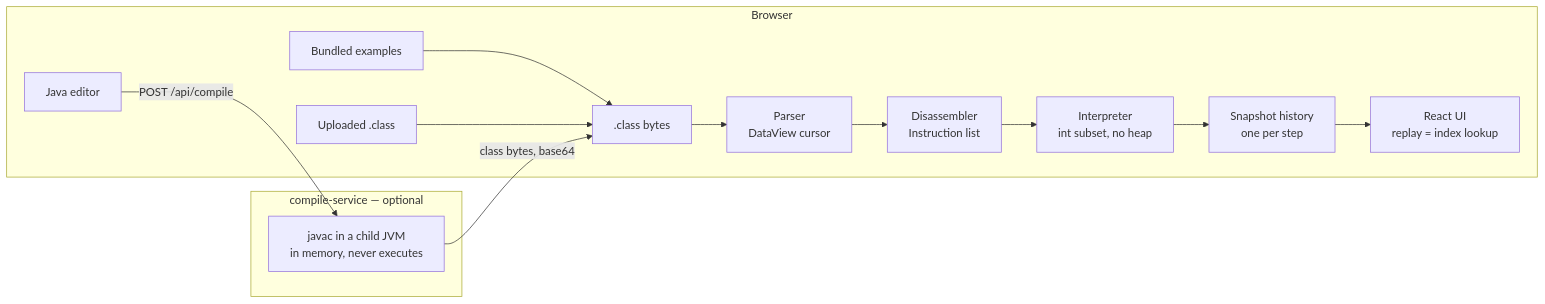
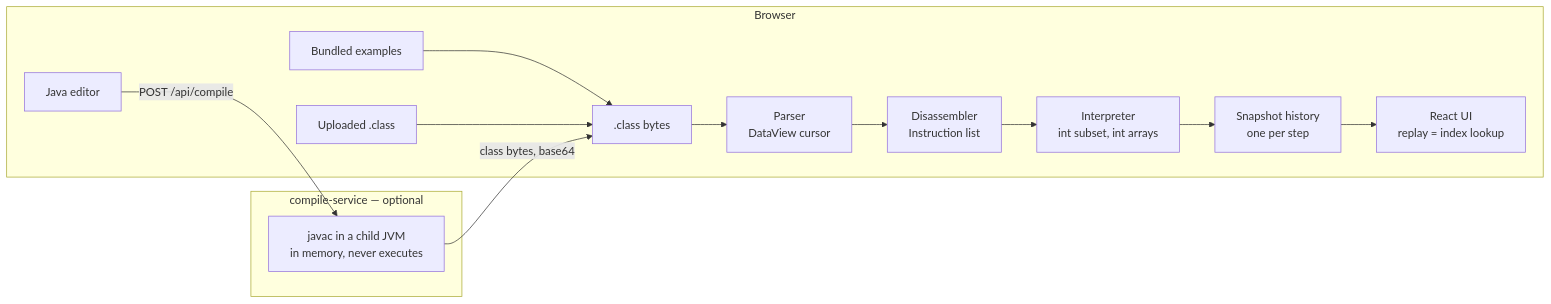
Before and after one commit to mblaszczykowski/JVM-Bytecode-Visualizer: the diagram in README.md, drawn with Mermaid. The commit also changed other lines of this file and 7 other files, not shown here.

````diff
--- a/README.md
+++ b/README.md
@@ -51,18 +59,18 @@
 ```mermaid
 flowchart LR
   subgraph browser["Browser"]
     examples["Bundled examples"] --> bytes
     upload["Uploaded .class"] --> bytes
     editor["Java editor"]
     bytes[".class bytes"] --> parser["Parser<br/>DataView cursor"]
     parser --> disasm["Disassembler<br/>Instruction list"]
-    disasm --> interp["Interpreter<br/>int subset, no heap"]
+    disasm --> interp["Interpreter<br/>int subset, int arrays"]
     interp --> history["Snapshot history<br/>one per step"]
     history --> ui["React UI<br/>replay = index lookup"]
   end
   subgraph backend["compile-service — optional"]
     javac["javac in a child JVM<br/>in memory, never executes"]
   end
   editor -->|"POST /api/compile"| javac
   javac -->|"class bytes, base64"| bytes
 ```
````
